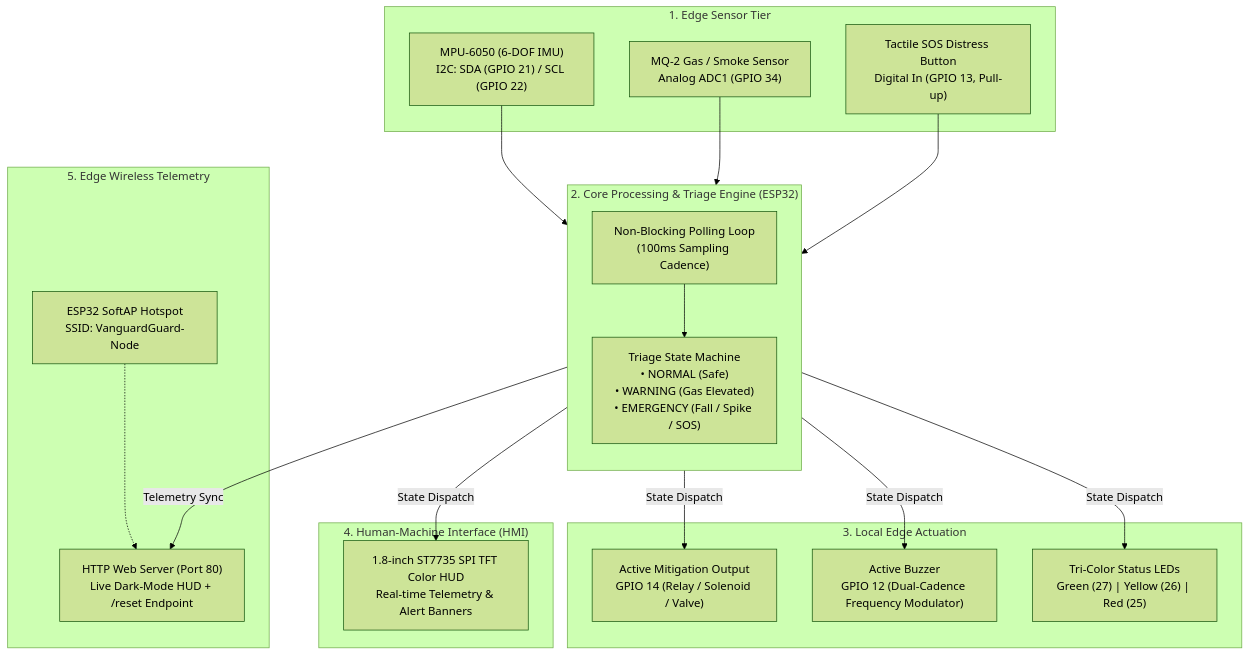
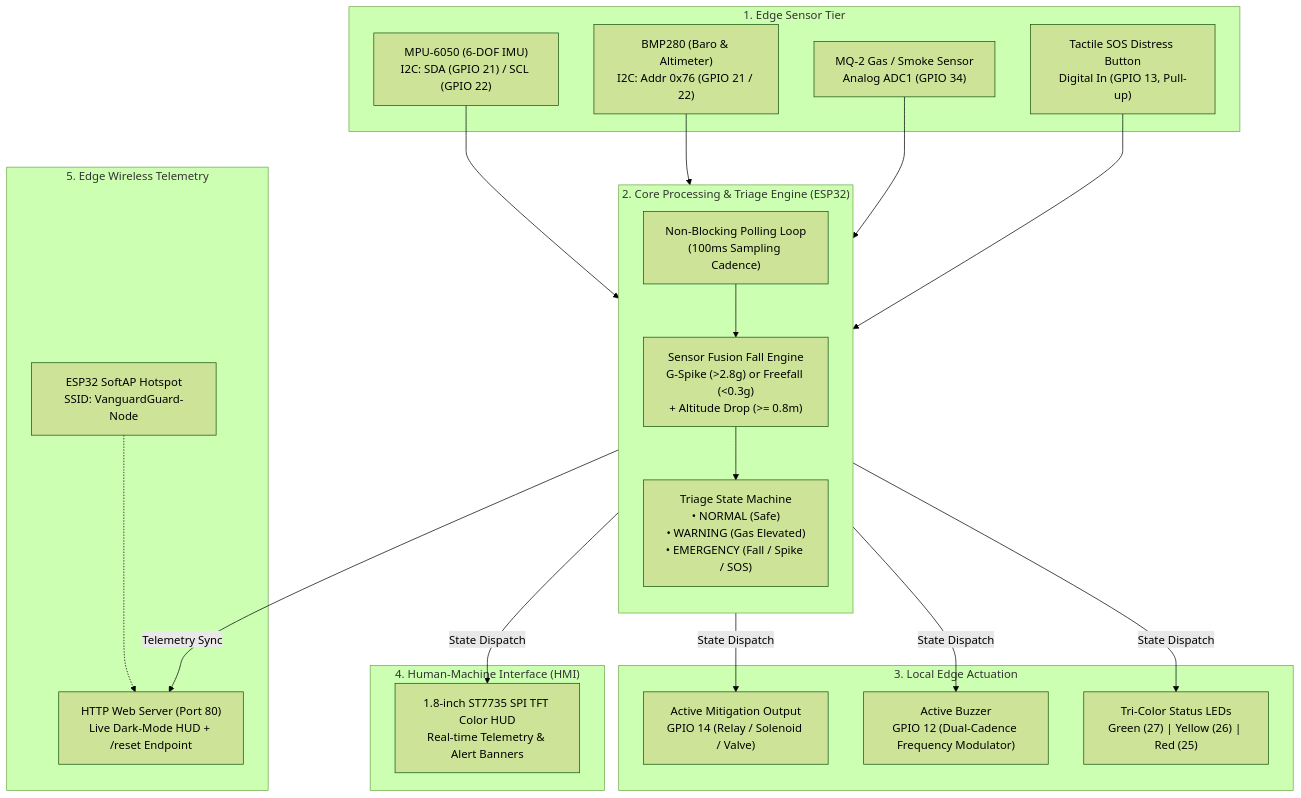
One commit to nishanth-s-ece/barnstromz changed the diagram in README.md. Above: the diagram before and after it, drawn with Mermaid (forest theme). The commit also changed other lines of this file and 1 other file, not shown here.

First line of the commit message:
feat: integrate Adafruit BMP280 altimeter and altitude-validated fall detection

````diff
--- a/README.md
+++ b/README.md
@@ -58,41 +60,45 @@
 ```mermaid
 flowchart TD
     subgraph SENSORS ["1. Edge Sensor Tier"]
         MPU["MPU-6050 (6-DOF IMU)<br/>I2C: SDA (GPIO 21) / SCL (GPIO 22)"]
+        BMP["BMP280 (Baro & Altimeter)<br/>I2C: Addr 0x76 (GPIO 21 / 22)"]
         MQ2["MQ-2 Gas / Smoke Sensor<br/>Analog ADC1 (GPIO 34)"]
         SOS["Tactile SOS Distress Button<br/>Digital In (GPIO 13, Pull-up)"]
     end
 
     subgraph ENGINE ["2. Core Processing & Triage Engine (ESP32)"]
         direction TB
         POLL["Non-Blocking Polling Loop<br/>(100ms Sampling Cadence)"]
+        FUSION["Sensor Fusion Fall Engine<br/>G-Spike (>2.8g) or Freefall (<0.3g)<br/>+ Altitude Drop (>= 0.8m)"]
         STATE["Triage State Machine<br/>• NORMAL (Safe)<br/>• WARNING (Gas Elevated)<br/>• EMERGENCY (Fall / Spike / SOS)"]
-        POLL --> STATE
+        POLL --> FUSION
+        FUSION --> STATE
     end
 
     subgraph ACTUATION ["3. Local Edge Actuation"]
         MIT["Active Mitigation Output<br/>GPIO 14 (Relay / Solenoid / Valve)"]
         BUZZ["Active Buzzer<br/>GPIO 12 (Dual-Cadence Frequency Modulator)"]
         LEDS["Tri-Color Status LEDs<br/>Green (27) | Yellow (26) | Red (25)"]
     end
 
     subgraph UI ["4. Human-Machine Interface (HMI)"]
         TFT["1.8-inch ST7735 SPI TFT Color HUD<br/>Real-time Telemetry & Alert Banners"]
     end
 
     subgraph TELEMETRY ["5. Edge Wireless Telemetry"]
         WIFI["ESP32 SoftAP Hotspot<br/>SSID: VanguardGuard-Node"]
         WEB["HTTP Web Server (Port 80)<br/>Live Dark-Mode HUD + /reset Endpoint"]
     end
 
     MPU --> POLL
+    BMP --> POLL
     MQ2 --> POLL
     SOS --> POLL
 
     STATE -->|State Dispatch| MIT
     STATE -->|State Dispatch| BUZZ
     STATE -->|State Dispatch| LEDS
     STATE -->|State Dispatch| TFT
     STATE -->|Telemetry Sync| WEB
     WIFI -.-> WEB
 ```
````
